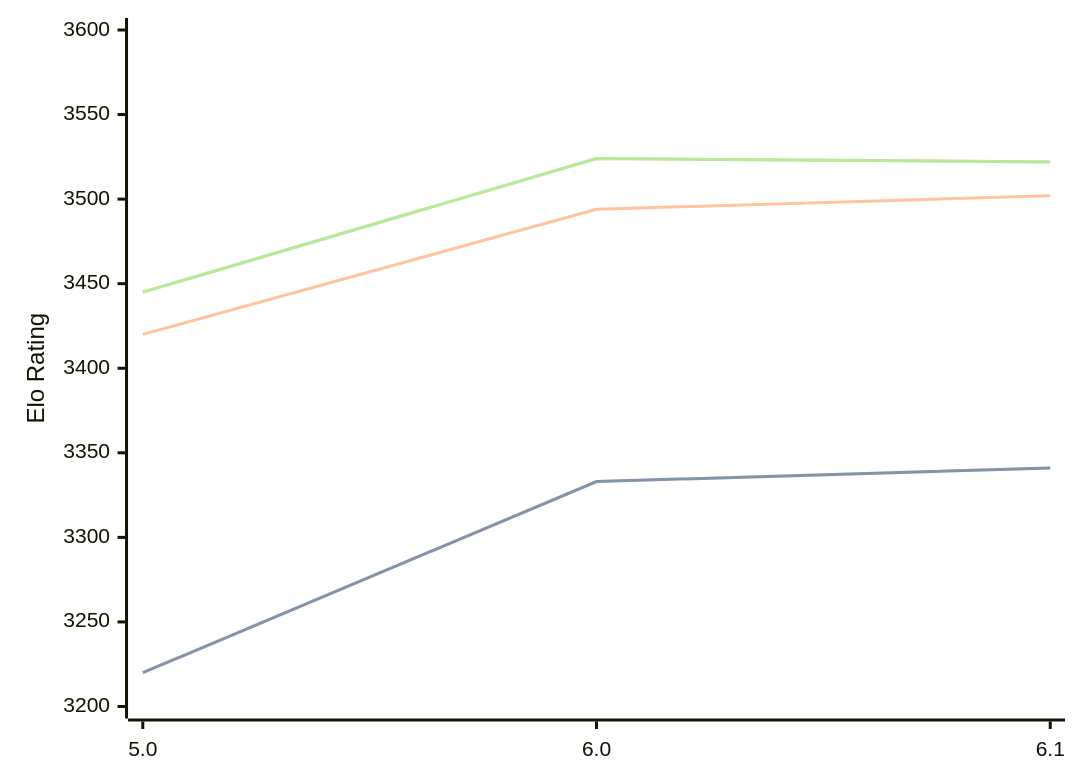
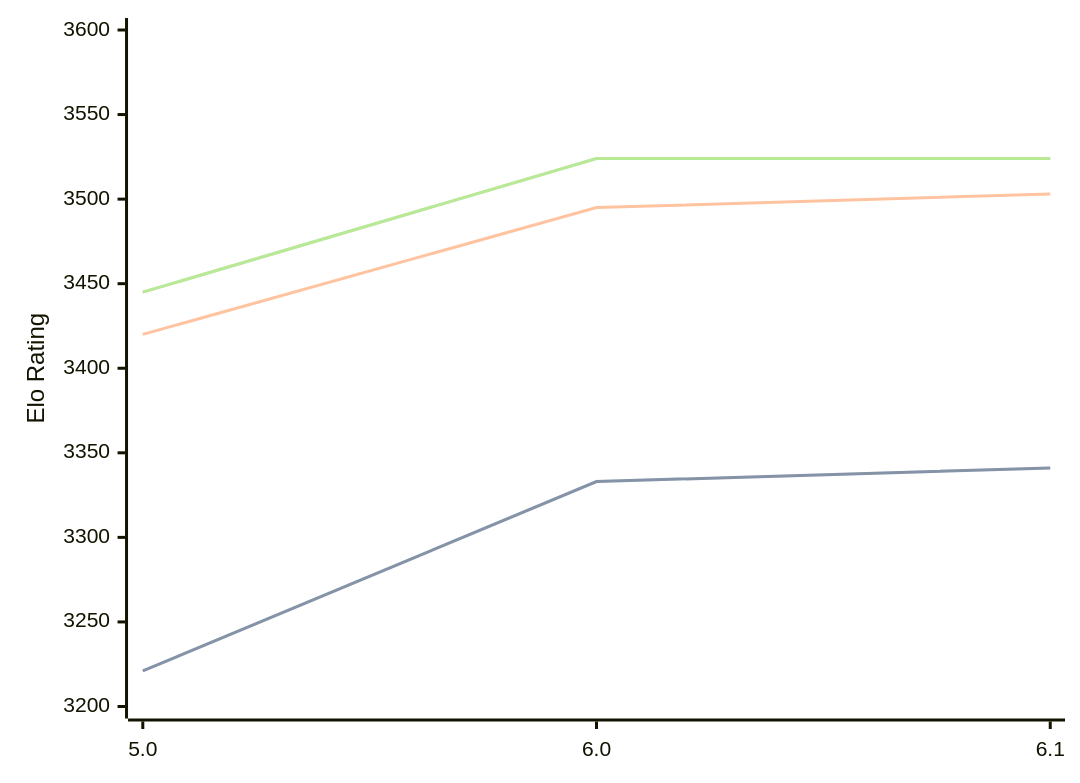
Before and after one commit to computer-chess-index/cci: the diagram in engines/Starzix.md, drawn with Mermaid. The commit also changed other lines of this file, not shown here.

Commit message:
Update CCI Ratings (ELO VLTC) - 2026-10-08

````diff
--- a/engines/Starzix.md
+++ b/engines/Starzix.md
@@ -33,11 +33,11 @@
 ```mermaid
 %%{init: {"theme":"base","themeVariables":{"seriesColors:['#a3a3a3','#222221','#faa371']}}}%%
 xychart-beta
   x-axis ["5.0", "6.0", "6.1"]
   y-axis "Elo Rating" 3200 --> 3600
-  line "" [3220, 3333, 3341]
-  line "STC (8.0+0.08s)" [3220, 3333, 3341]
-  line "LTC (60.0+0.60s)" [3420, 3494, 3502]
-  line "" [3445, 3524, 3522]
-  line "VLTC (2m24s+1.12s)" [3445, 3524, 3522]
+  line "" [3221, 3333, 3341]
+  line "STC (8.0+0.08s)" [3221, 3333, 3341]
+  line "LTC (60.0+0.60s)" [3420, 3495, 3503]
+  line "" [3445, 3524, 3524]
+  line "VLTC (2m24s+1.12s)" [3445, 3524, 3524]
 ```
````
